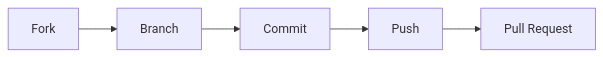
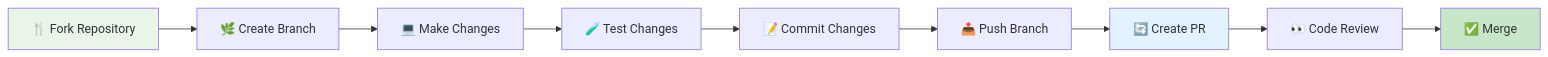
The eighth of 8 diagrams in README.md (Kedhareswer/Digit_Classifier), drawn with Mermaid before and after one commit. The commit also changed other lines of this file, not shown here.

Commit message:
Initial commit for Digit Classifier Deep Learning

````diff
--- a/README.md
+++ b/README.md
@@ -267,7 +1030,15 @@
 ```mermaid
 graph LR
-    A[Fork] --> B[Branch]
-    B --> C[Commit]
-    C --> D[Push]
-    D --> E[Pull Request]
+    A[🍴 Fork Repository] --> B[🌿 Create Branch]
+    B --> C[💻 Make Changes]
+    C --> D[🧪 Test Changes]
+    D --> E[📝 Commit Changes]
+    E --> F[📤 Push Branch]
+    F --> G[🔄 Create PR]
+    G --> H[👀 Code Review]
+    H --> I[✅ Merge]
+    
+    style A fill:#e8f5e8
+    style G fill:#e3f2fd
+    style I fill:#c8e6c9
 ```
````
